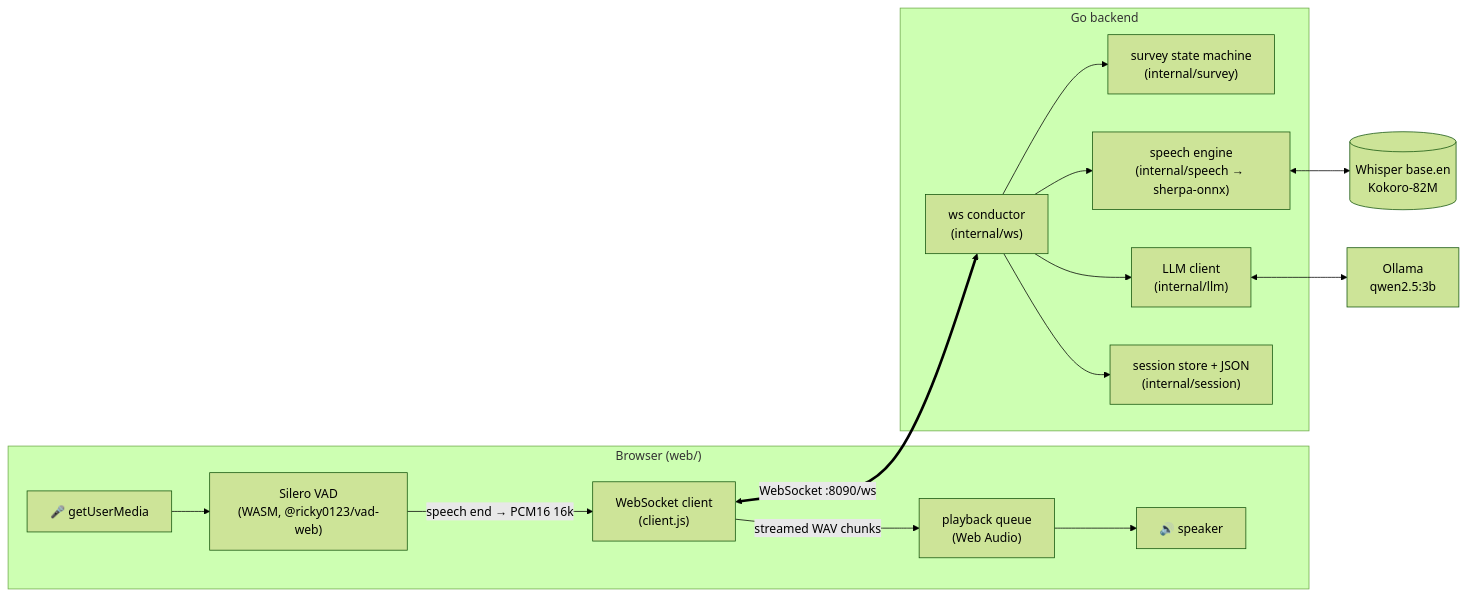
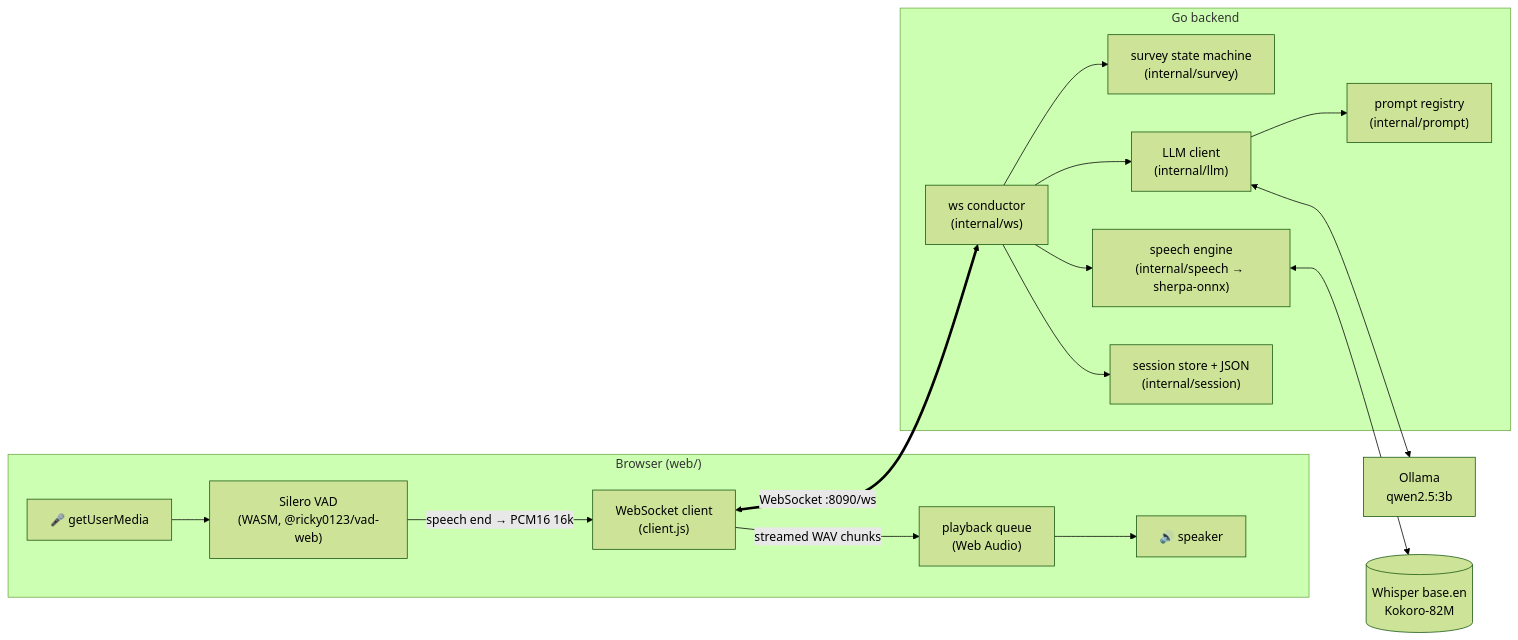
The first of 5 diagrams in docs/ARCHITECTURE.md (geeksilva97/voice-survey-agent), drawn with Mermaid (forest theme) before and after one commit. The commit also changed other lines of this file and 17 other files, not shown here.

````diff
--- a/docs/ARCHITECTURE.md
+++ b/docs/ARCHITECTURE.md
@@ -18,25 +18,27 @@
 ```mermaid
 flowchart LR
   subgraph Browser["Browser (web/)"]
     MIC["🎤 getUserMedia"] --> VAD["Silero VAD<br/>(WASM, @ricky0123/vad-web)"]
     VAD -- "speech end → PCM16 16k" --> WSC["WebSocket client<br/>(client.js)"]
     WSC -- "streamed WAV chunks" --> PQ["playback queue<br/>(Web Audio)"]
     PQ --> SPK["🔊 speaker"]
   end
 
   subgraph Server["Go backend"]
     COND["ws conductor<br/>(internal/ws)"]
     SURVEY["survey state machine<br/>(internal/survey)"]
     SPEECH["speech engine<br/>(internal/speech → sherpa-onnx)"]
     LLM["LLM client<br/>(internal/llm)"]
+    PROMPTS["prompt registry<br/>(internal/prompt)"]
     STORE["session store + JSON<br/>(internal/session)"]
   end
 
   WSC <== "WebSocket :8090/ws" ==> COND
   COND --> SURVEY
   COND --> SPEECH
   COND --> LLM
   COND --> STORE
+  LLM --> PROMPTS
   LLM <--> OLLAMA["Ollama<br/>qwen2.5:3b"]
   SPEECH <--> MODELS[("Whisper base.en<br/>Kokoro-82M")]
 ```
````
